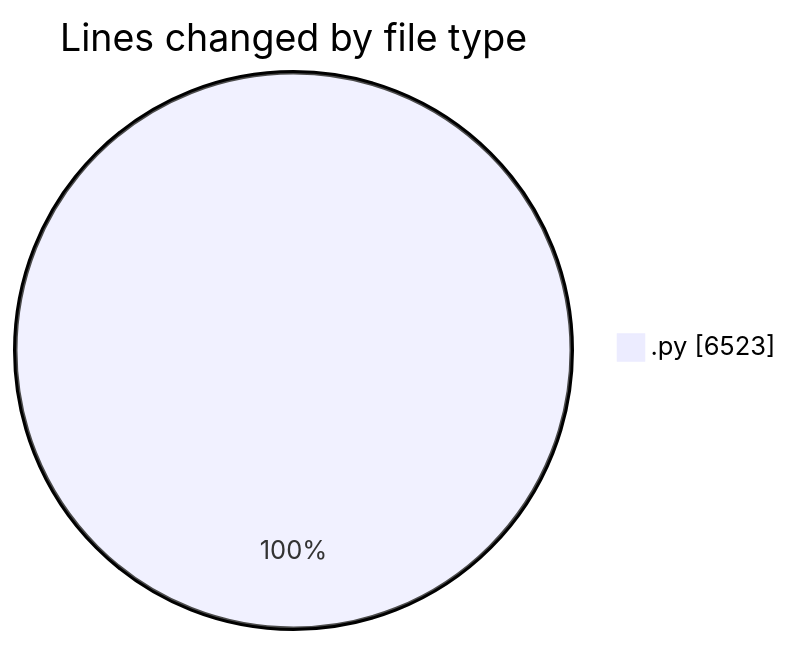
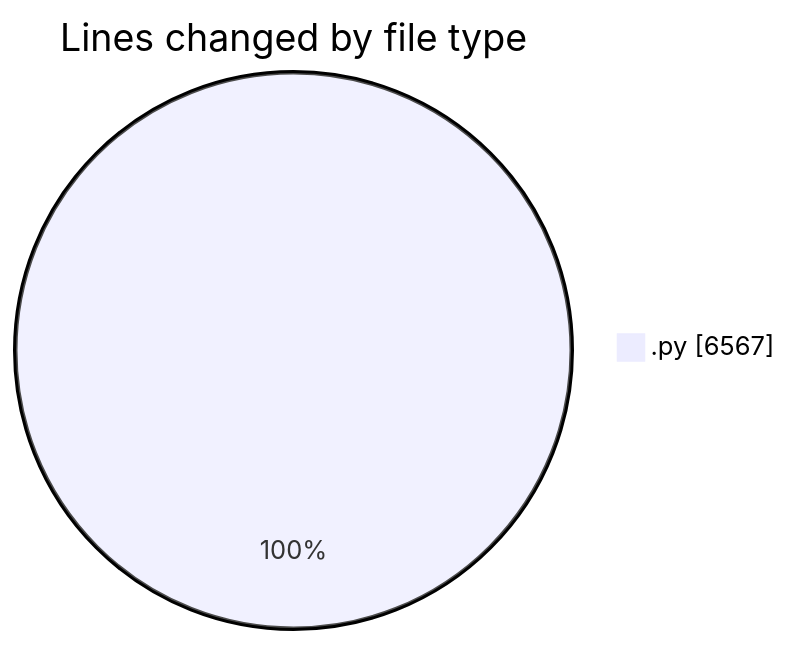
The first of 2 diagrams in 2025-04-18/myws__workspace_/README.md (MatusMokan/code-tracking), drawn with Mermaid before and after one commit. The commit also changed other lines of this file and 1 other file, not shown here.

````diff
--- a/2025-04-18/myws__workspace_/README.md
+++ b/2025-04-18/myws__workspace_/README.md
@@ -23,5 +23,5 @@
 ```mermaid
 pie showData
 title Lines changed by file type
-".py" : 6523
+".py" : 6567
 ```
````
